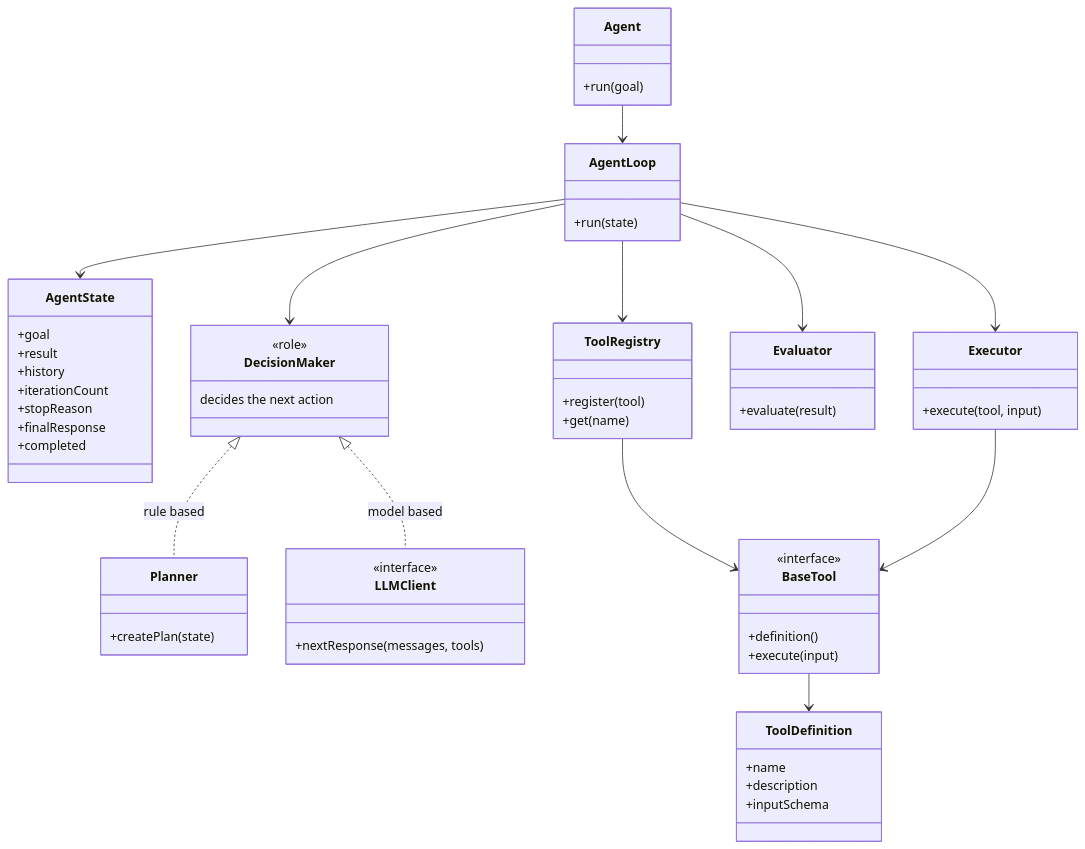
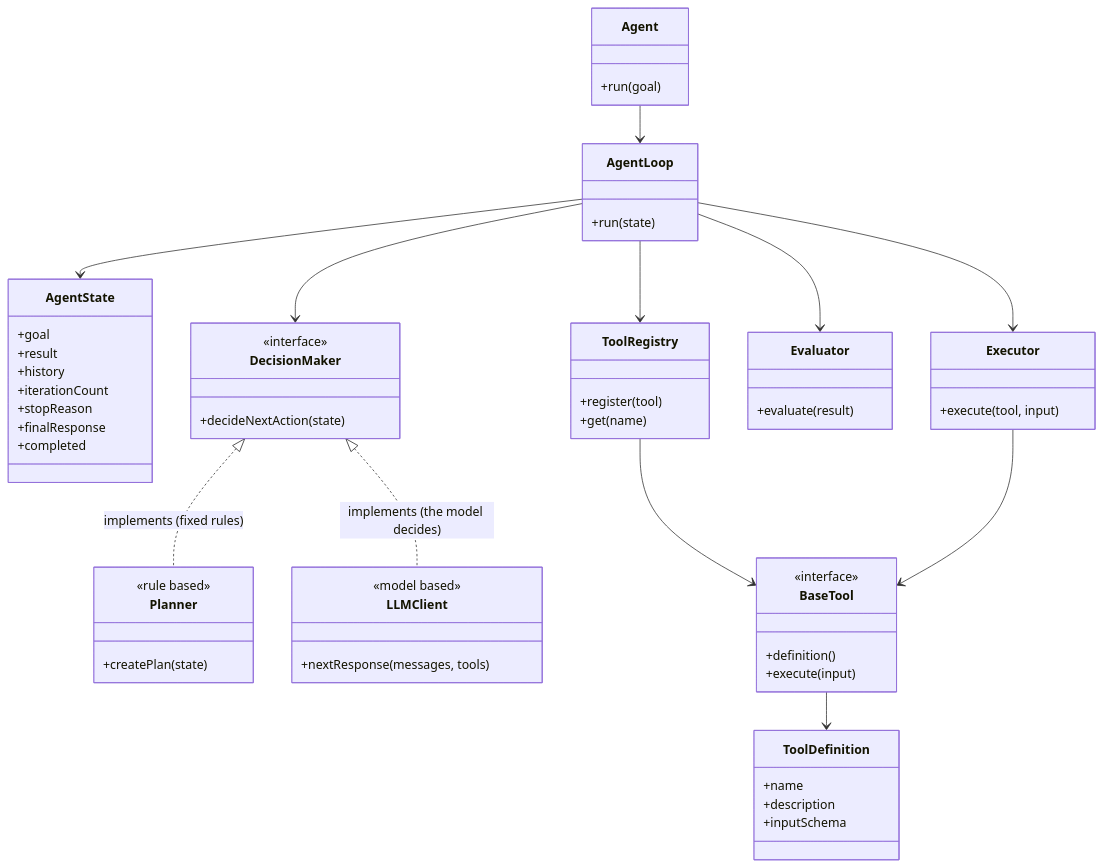
The first of 6 diagrams in README.md (YashzAlphaGeek/agent-engineering-lab), drawn with Mermaid before and after one commit. The commit also changed other lines of this file and 45 other files, not shown here.

Commit message:
added interface for model based and rule based approach and mermaid fixes

````diff
--- a/README.md
+++ b/README.md
@@ -28,72 +28,73 @@
 ```mermaid
 classDiagram
 
     class Agent {
         +run(goal)
     }
 
     class AgentLoop {
         +run(state)
     }
 
     class AgentState {
         +goal
         +result
         +history
         +iterationCount
         +stopReason
         +finalResponse
         +completed
     }
 
     class DecisionMaker {
-        <<role>>
-        decides the next action
+        <<interface>>
+        +decideNextAction(state)
     }
 
     class Planner {
+        <<rule based>>
         +createPlan(state)
     }
 
     class LLMClient {
-        <<interface>>
+        <<model based>>
         +nextResponse(messages, tools)
     }
 
     class Executor {
         +execute(tool, input)
     }
 
     class Evaluator {
         +evaluate(result)
     }
 
     class ToolRegistry {
         +register(tool)
         +get(name)
     }
 
     class BaseTool {
         <<interface>>
         +definition()
         +execute(input)
     }
 
     class ToolDefinition {
         +name
         +description
         +inputSchema
     }
 
     Agent --> AgentLoop
     AgentLoop --> AgentState
     AgentLoop --> DecisionMaker
     AgentLoop --> ToolRegistry
     AgentLoop --> Executor
     AgentLoop --> Evaluator
-    DecisionMaker <|.. Planner : rule based
-    DecisionMaker <|.. LLMClient : model based
+    DecisionMaker <|.. Planner : implements (fixed rules)
+    DecisionMaker <|.. LLMClient : implements (the model decides)
     ToolRegistry --> BaseTool
     BaseTool --> ToolDefinition
     Executor --> BaseTool
 ```
````
